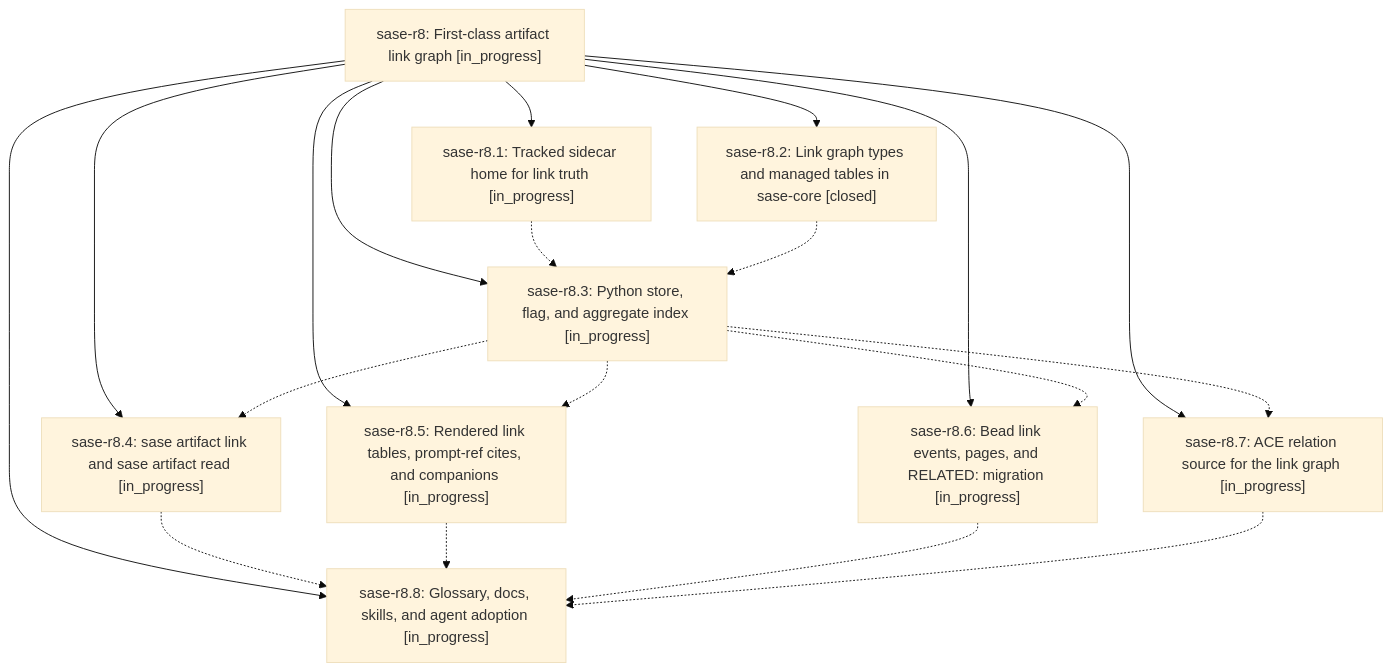
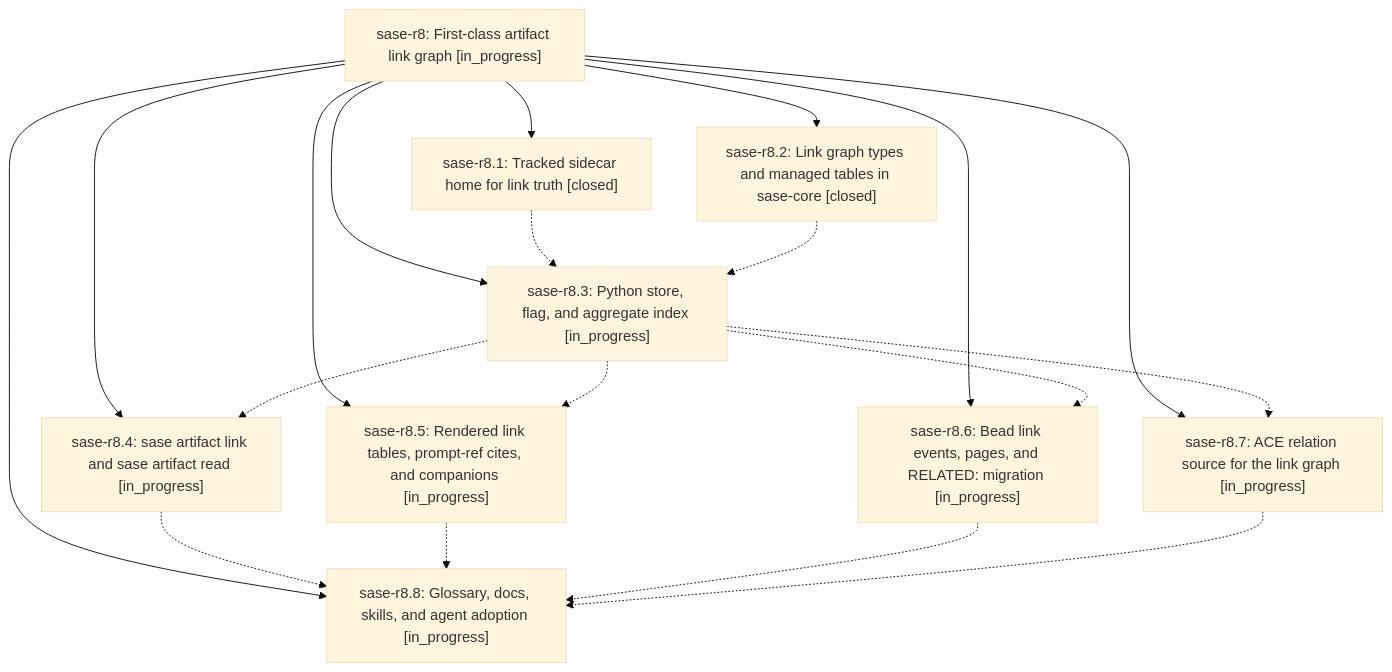
Before and after one commit to sase-org/sase--beads: the diagram in pages/sase-r8/README.md, drawn with Mermaid (base theme). The commit also changed other lines of this file and 2 other files, not shown here.

First line of the commit message:
chore(beads): sync bead state and pages for sase-r8

````diff
--- a/pages/sase-r8/README.md
+++ b/pages/sase-r8/README.md
@@ -29,30 +29,30 @@
 ```mermaid
 flowchart TD
     n0["sase-r8: First-class artifact link graph [in_progress]"]
-    n1["sase-r8.1: Tracked sidecar home for link truth [in_progress]"]
+    n1["sase-r8.1: Tracked sidecar home for link truth [closed]"]
     n2["sase-r8.2: Link graph types and managed tables in sase-core [closed]"]
     n3["sase-r8.3: Python store, flag, and aggregate index [in_progress]"]
     n4["sase-r8.4: sase artifact link and sase artifact read [in_progress]"]
     n5["sase-r8.5: Rendered link tables, prompt-ref cites, and companions [in_progress]"]
     n6["sase-r8.6: Bead link events, pages, and RELATED: migration [in_progress]"]
     n7["sase-r8.7: ACE relation source for the link graph [in_progress]"]
     n8["sase-r8.8: Glossary, docs, skills, and agent adoption [in_progress]"]
     n0 --> n1
     n0 --> n2
     n0 --> n3
     n0 --> n4
     n0 --> n5
     n0 --> n6
     n0 --> n7
     n0 --> n8
     n1 -.-> n3
     n2 -.-> n3
     n3 -.-> n4
     n3 -.-> n5
     n3 -.-> n6
     n3 -.-> n7
     n4 -.-> n8
     n5 -.-> n8
     n6 -.-> n8
     n7 -.-> n8
 ```
````
